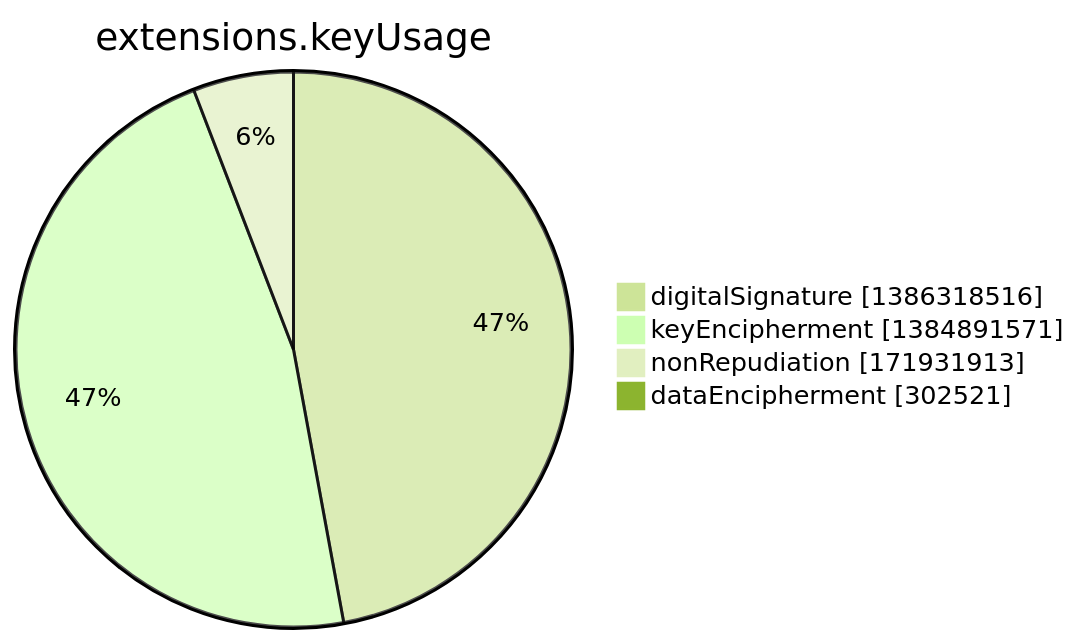
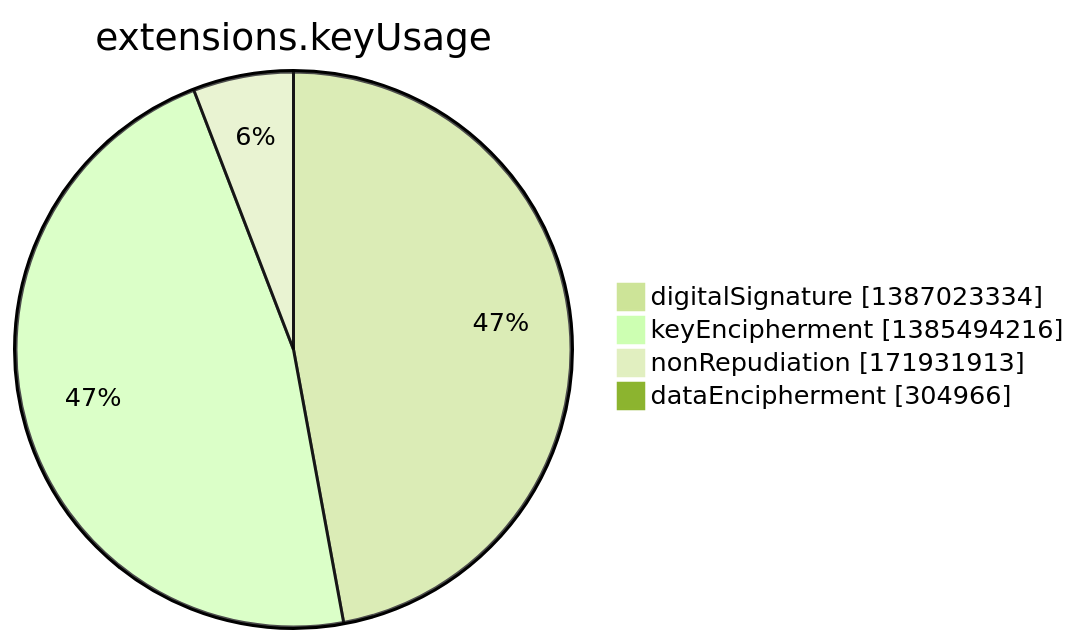
One commit to christiankrug/ctmonitor_visualization changed the seventh of 15 diagrams in argon2022/README.md. Above: the diagram before and after it, drawn with Mermaid (forest theme). The commit also changed other lines of this file, not shown here.

````diff
--- a/argon2022/README.md
+++ b/argon2022/README.md
@@ -2751,8 +2751,8 @@
 ```mermaid
 pie showData
 title extensions.keyUsage
-"digitalSignature" :1386318516
-"keyEncipherment" :1384891571
+"digitalSignature" :1387023334
+"keyEncipherment" :1385494216
 "nonRepudiation" :171931913
-"dataEncipherment" :302521
+"dataEncipherment" :304966
 ```
````
